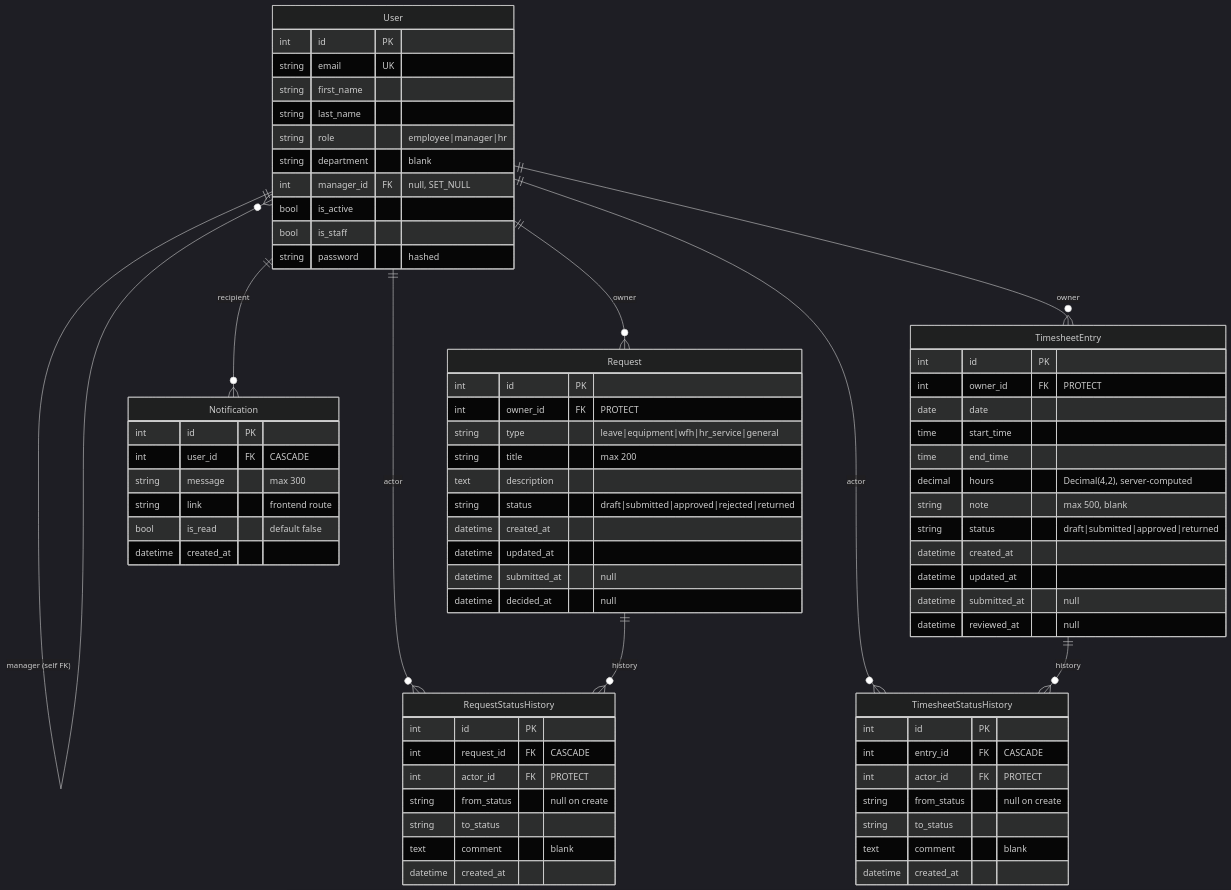
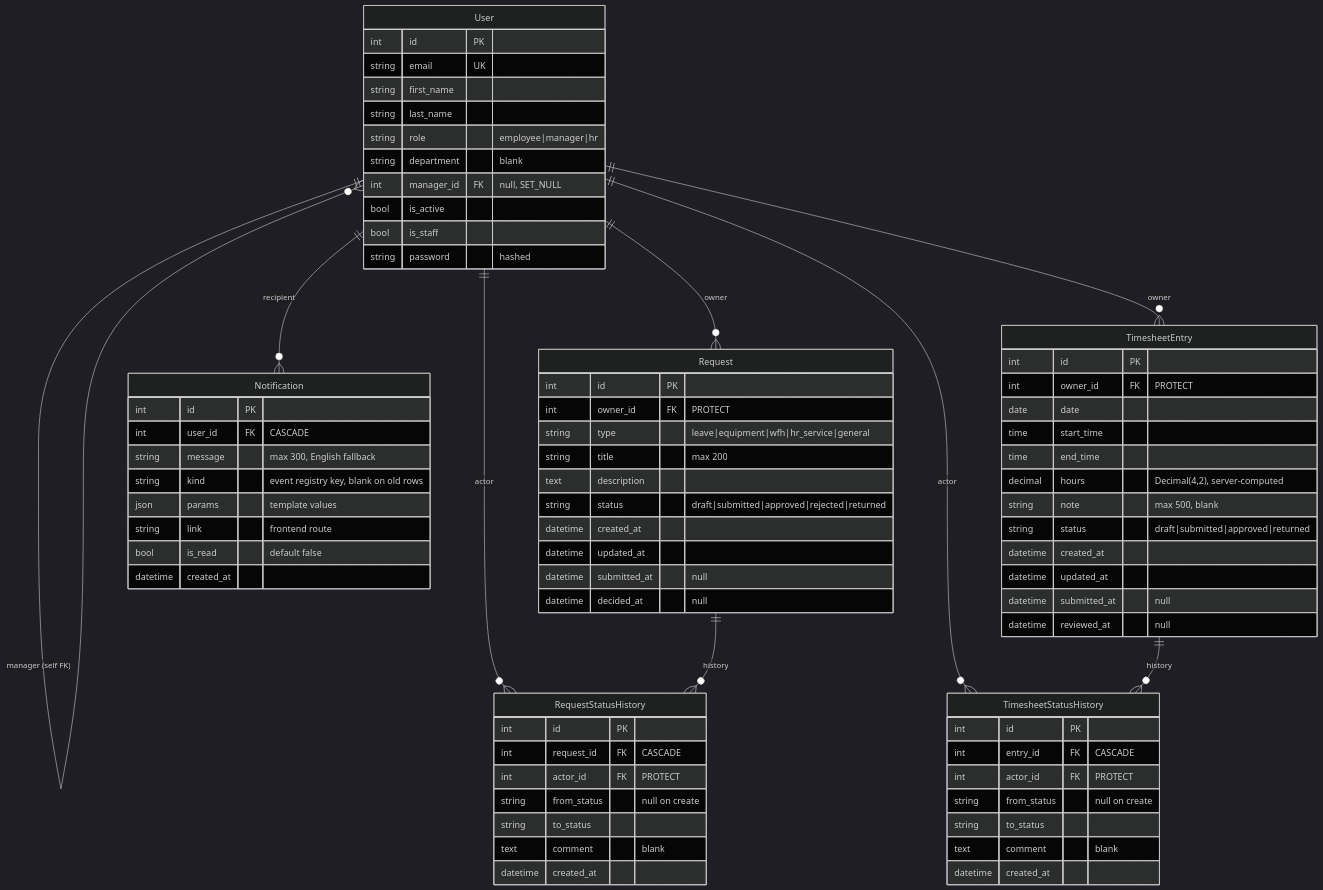
The first of 3 diagrams in docs/database.md (abdelrhmaaan/sawa), drawn with Mermaid (dark theme) before and after one commit. The commit also changed other lines of this file and 25 other files, not shown here.

````diff
--- a/docs/database.md
+++ b/docs/database.md
@@ -7,76 +7,78 @@
 ```mermaid
 erDiagram
     User ||--o{ User : "manager (self FK)"
     User ||--o{ Request : "owner"
     User ||--o{ RequestStatusHistory : "actor"
     User ||--o{ TimesheetEntry : "owner"
     User ||--o{ TimesheetStatusHistory : "actor"
     User ||--o{ Notification : "recipient"
     Request ||--o{ RequestStatusHistory : "history"
     TimesheetEntry ||--o{ TimesheetStatusHistory : "history"
 
     User {
         int id PK
         string email UK
         string first_name
         string last_name
         string role "employee|manager|hr"
         string department "blank"
         int manager_id FK "null, SET_NULL"
         bool is_active
         bool is_staff
         string password "hashed"
     }
     Request {
         int id PK
         int owner_id FK "PROTECT"
         string type "leave|equipment|wfh|hr_service|general"
         string title "max 200"
         text description
         string status "draft|submitted|approved|rejected|returned"
         datetime created_at
         datetime updated_at
         datetime submitted_at "null"
         datetime decided_at "null"
     }
     RequestStatusHistory {
         int id PK
         int request_id FK "CASCADE"
         int actor_id FK "PROTECT"
         string from_status "null on create"
         string to_status
         text comment "blank"
         datetime created_at
     }
     TimesheetEntry {
         int id PK
         int owner_id FK "PROTECT"
         date date
         time start_time
         time end_time
         decimal hours "Decimal(4,2), server-computed"
         string note "max 500, blank"
         string status "draft|submitted|approved|returned"
         datetime created_at
         datetime updated_at
         datetime submitted_at "null"
         datetime reviewed_at "null"
     }
     TimesheetStatusHistory {
         int id PK
         int entry_id FK "CASCADE"
         int actor_id FK "PROTECT"
         string from_status "null on create"
         string to_status
         text comment "blank"
         datetime created_at
     }
     Notification {
         int id PK
         int user_id FK "CASCADE"
-        string message "max 300"
+        string message "max 300, English fallback"
+        string kind "event registry key, blank on old rows"
+        json params "template values"
         string link "frontend route"
         bool is_read "default false"
         datetime created_at
     }
 ```
````
